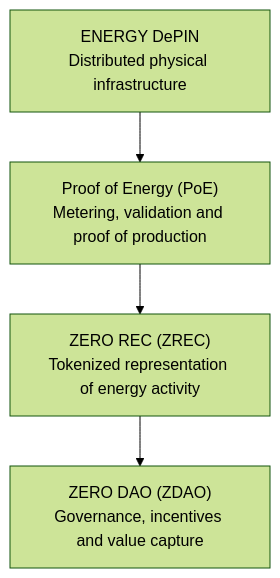
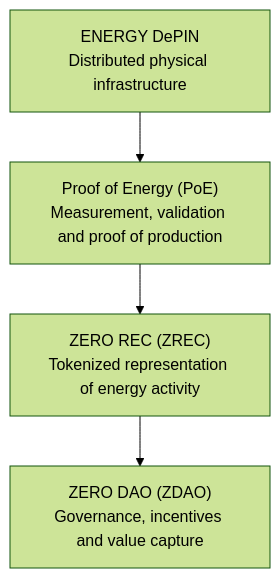
One commit to blockvault-ai/zero-energy changed the third of 4 diagrams in docs/business-logic/01-general-architecture.md. Above: the diagram before and after it, drawn with Mermaid (forest theme). The commit also changed other lines of this file and 3 other files, not shown here.

````diff
--- a/docs/business-logic/01-general-architecture.md
+++ b/docs/business-logic/01-general-architecture.md
@@ -35,6 +35,6 @@
 ```mermaid
 flowchart TD
-    A["ENERGY DePIN<br/>Distributed physical infrastructure"] --> B["Proof of Energy (PoE)<br/>Metering, validation and proof of production"]
+    A["ENERGY DePIN<br/>Distributed physical infrastructure"] --> B["Proof of Energy (PoE)<br/>Measurement, validation and proof of production"]
     B --> C["ZERO REC (ZREC)<br/>Tokenized representation of energy activity"]
     C --> D["ZERO DAO (ZDAO)<br/>Governance, incentives and value capture"]
 ```
````
